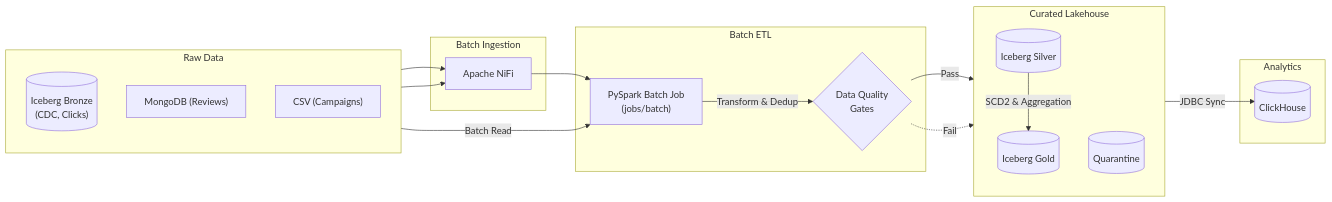
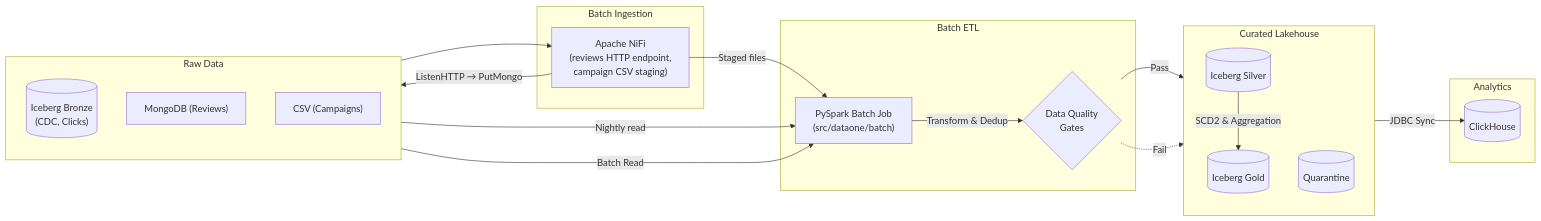
Before and after one commit to Mr-Number-One-Learning/dataone: the third of 3 diagrams in docs/DATA_MODELING.md, drawn with Mermaid. The commit also changed other lines of this file and 22 other files, not shown here.

First line of the commit message:
docs: bring guides in line with the Prefect, staged-batch and MinIO code

````diff
--- a/docs/DATA_MODELING.md
+++ b/docs/DATA_MODELING.md
@@ -143,42 +151,43 @@
 ```mermaid
 flowchart LR
     subgraph Inputs ["Raw Data"]
         direction TB
         Bronze[("Iceberg Bronze\n(CDC, Clicks)")]
         Mongo["MongoDB (Reviews)"]
         CSV["CSV (Campaigns)"]
     end
 
     subgraph Ingest ["Batch Ingestion"]
-        NiFi["Apache NiFi"]
+        NiFi["Apache NiFi\n(reviews HTTP endpoint,\ncampaign CSV staging)"]
     end
     
     subgraph Compute ["Batch ETL"]
-        SparkBatch["PySpark Batch Job\n(jobs/batch)"]
+        SparkBatch["PySpark Batch Job\n(src/dataone/batch)"]
         DQ{"Data Quality\nGates"}
     end
 
     subgraph Lakehouse ["Curated Lakehouse"]
         direction TB
         Silver[("Iceberg Silver")]
         Gold[("Iceberg Gold")]
         Quarantine[("Quarantine")]
     end
 
     subgraph Serving ["Analytics"]
         CH[("ClickHouse")]
     end
 
-    Mongo --> NiFi
+    NiFi -->|"ListenHTTP → PutMongo"| Mongo
     CSV --> NiFi
-    NiFi --> SparkBatch
+    NiFi -->|"Staged files"| SparkBatch
+    Mongo -->|"Nightly read"| SparkBatch
     Bronze -->|"Batch Read"| SparkBatch
 
     SparkBatch -->|"Transform & Dedup"| DQ
     
     DQ -->|"Pass"| Silver
     DQ -.->|"Fail"| Quarantine
     
     Silver -->|"SCD2 & Aggregation"| Gold
     Gold -->|"JDBC Sync"| CH
 ```
````
